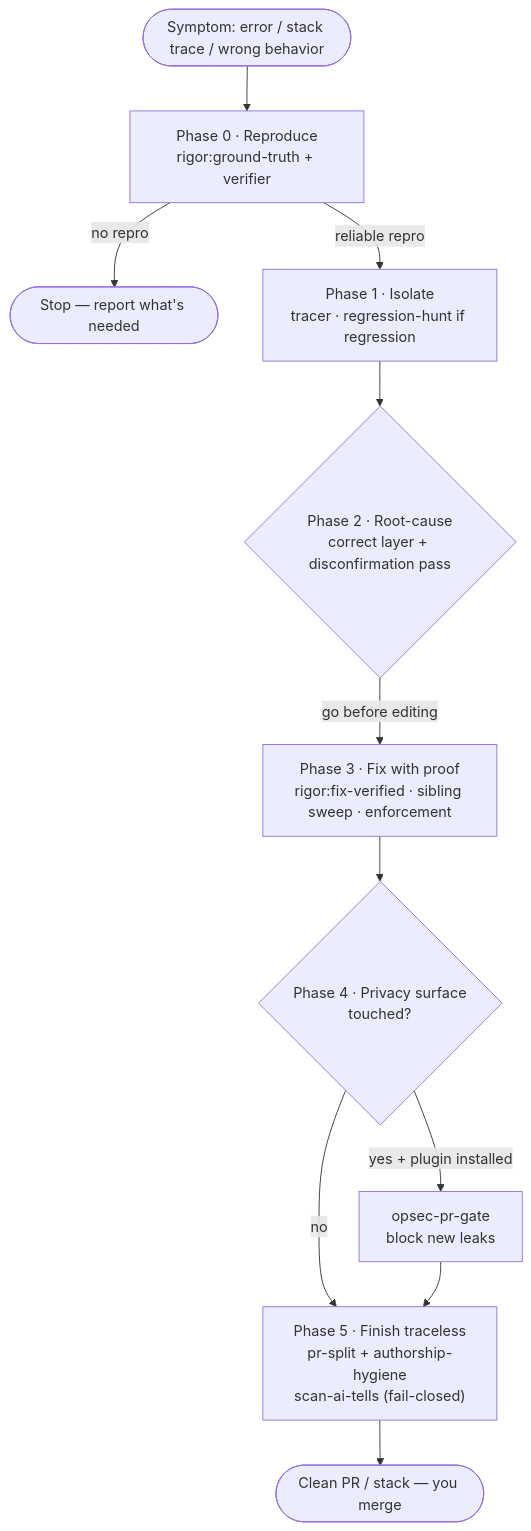
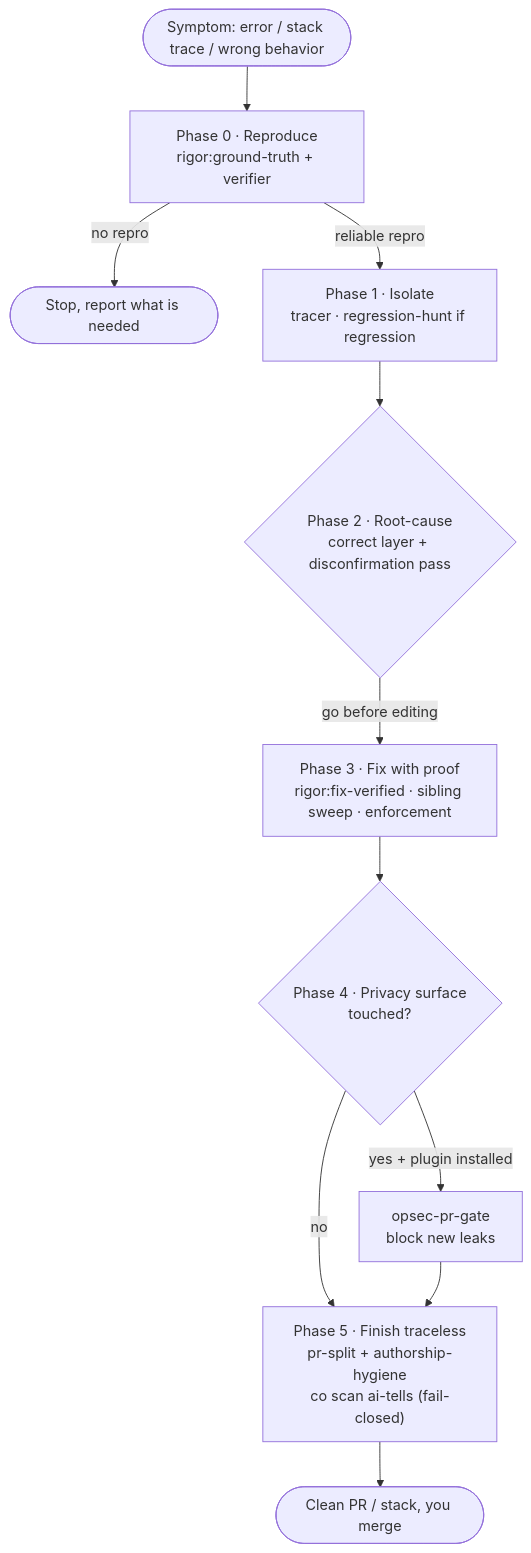
The first of 2 diagrams in code-ops-docs/70 Guides/debug-symptom-to-root-cause.md (skylarsabo/code-ops), drawn with Mermaid before and after one commit. The commit also changed other lines of this file and 56 other files, not shown here.

````diff
--- a/code-ops-docs/70 Guides/debug-symptom-to-root-cause.md
+++ b/code-ops-docs/70 Guides/debug-symptom-to-root-cause.md
@@ -110,13 +194,13 @@
 ```mermaid
 flowchart TD
   symptom([Symptom: error / stack trace / wrong behavior]) --> repro
-  repro["Phase 0 · Reproduce<br/>rigor:ground-truth + verifier"] -->|no repro| stop([Stop — report what's needed])
+  repro["Phase 0 · Reproduce<br/>rigor:ground-truth + verifier"] -->|no repro| stop([Stop, report what is needed])
   repro -->|reliable repro| isolate["Phase 1 · Isolate<br/>tracer · regression-hunt if regression"]
   isolate --> cause{"Phase 2 · Root-cause<br/>correct layer + disconfirmation pass"}
   cause -->|go before editing| fix["Phase 3 · Fix with proof<br/>rigor:fix-verified · sibling sweep · enforcement"]
   fix --> priv{"Phase 4 · Privacy surface<br/>touched?"}
   priv -->|yes + plugin installed| gate["opsec-pr-gate<br/>block new leaks"]
   priv -->|no| finish
-  gate --> finish["Phase 5 · Finish traceless<br/>pr-split + authorship-hygiene<br/>scan-ai-tells (fail-closed)"]
-  finish --> pr([Clean PR / stack — you merge])
+  gate --> finish["Phase 5 · Finish traceless<br/>pr-split + authorship-hygiene<br/>co scan ai-tells (fail-closed)"]
+  finish --> pr([Clean PR / stack, you merge])
 ```
````
